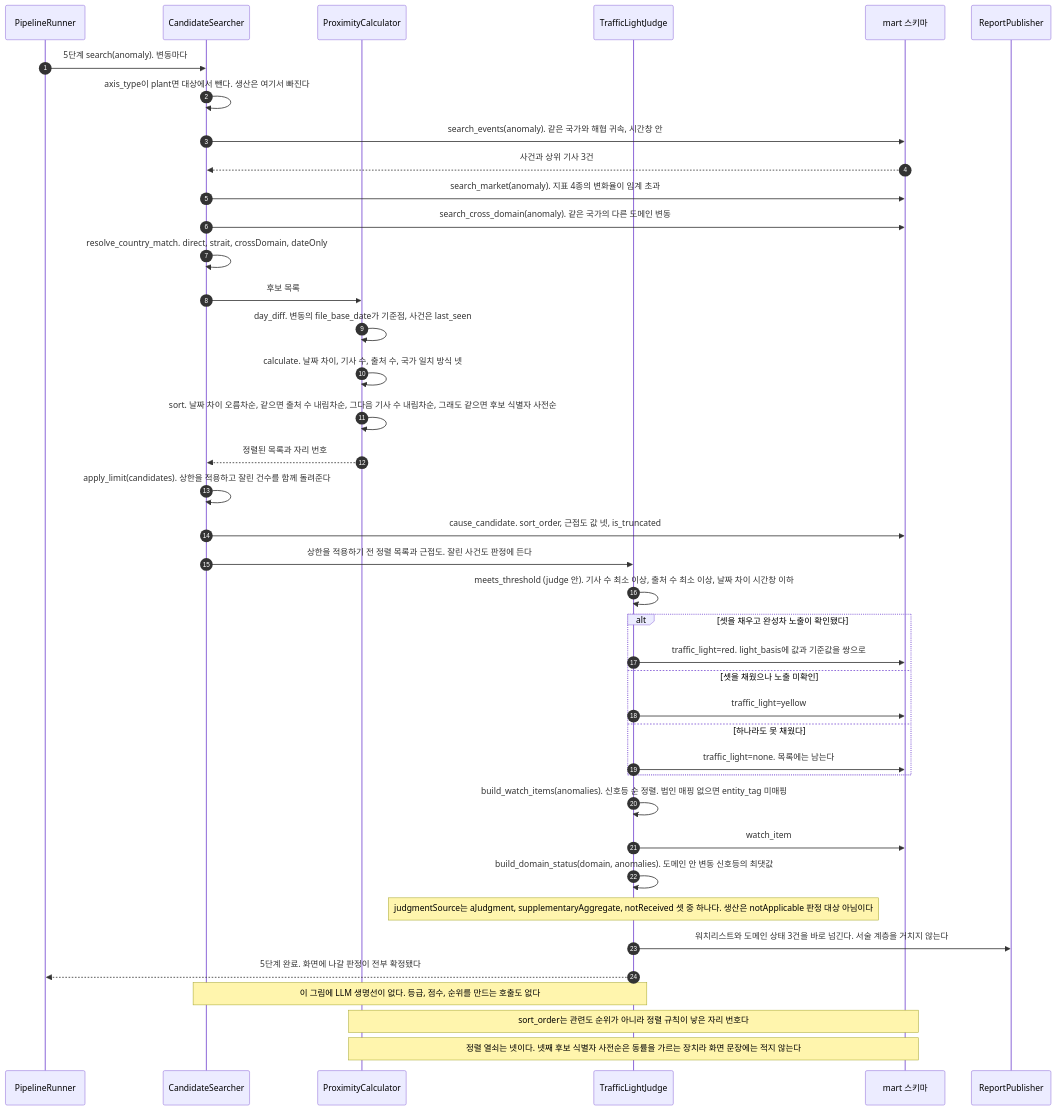
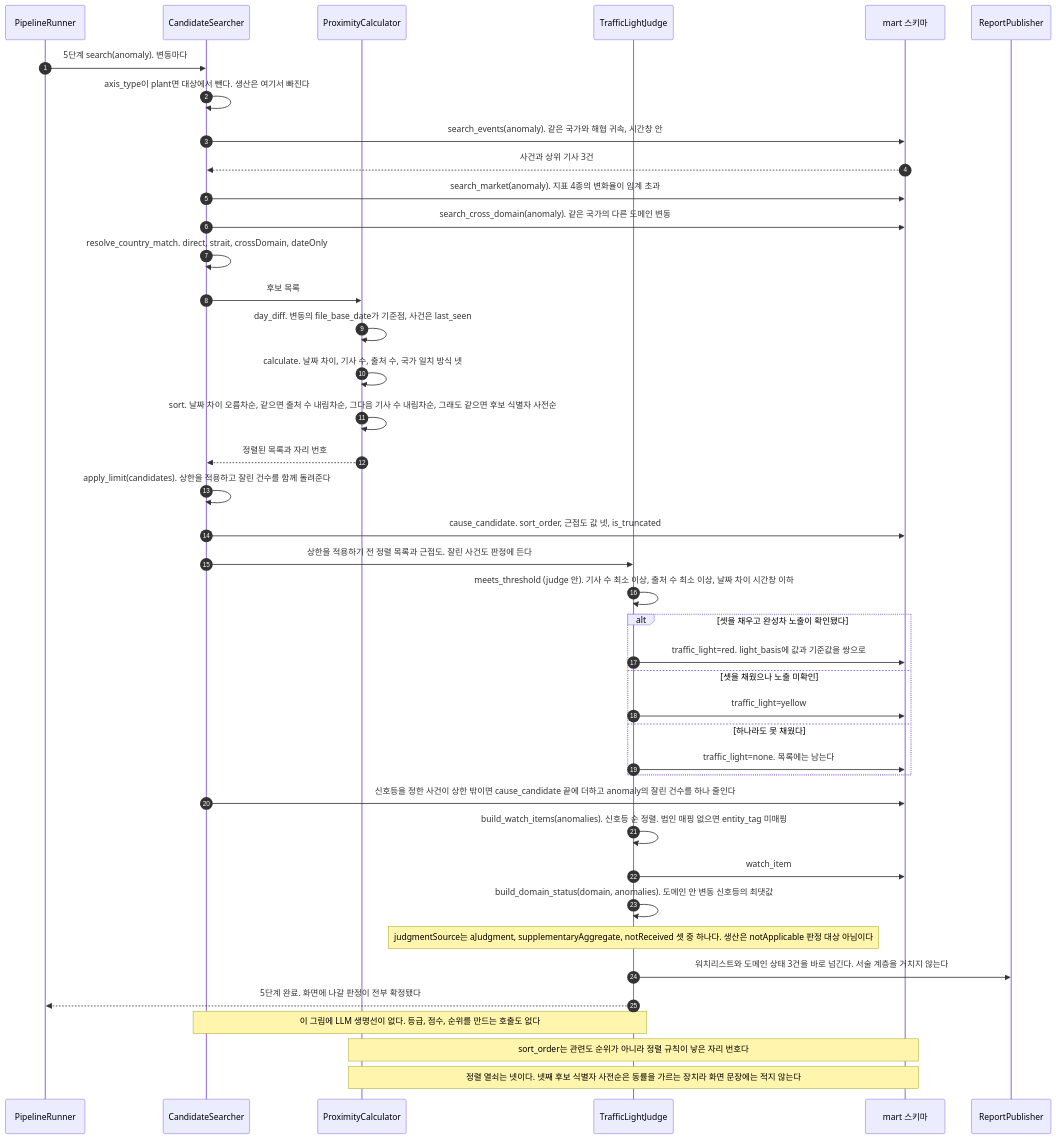
One commit to HoyoungParkme/tableau_platform changed the eighth of 14 diagrams in docs/specs/09-SEQ/TBL-SEQ-002.md. Above: the diagram before and after it, drawn with Mermaid. The commit also changed other lines of this file, not shown here.

Commit message:
유저 결정 반영(2026-09-30): 비교 기준 실행 고정(#10), 잘린 후보 건수 저장(#12), 저장소 확인은 worker 기록(#19), web 권한(#20, mart 제외), 판정 사건 목록 유지, 라우팅 표 보류(#27), 이월 한도 7일(#30), 비교 표는 worker가 계산해 저장(C10 유지). 코드 490816d.

````diff
--- a/docs/specs/09-SEQ/TBL-SEQ-002.md
+++ b/docs/specs/09-SEQ/TBL-SEQ-002.md
@@ -500,42 +500,43 @@
 ```mermaid
 sequenceDiagram
   autonumber
   participant RUN as PipelineRunner
   participant CS as CandidateSearcher
   participant PX as ProximityCalculator
   participant TLJ as TrafficLightJudge
   participant DB_MART as mart 스키마
   participant RP as ReportPublisher
   RUN->>CS: 5단계 search(anomaly). 변동마다
   CS->>CS: axis_type이 plant면 대상에서 뺀다. 생산은 여기서 빠진다
   CS->>DB_MART: search_events(anomaly). 같은 국가와 해협 귀속, 시간창 안
   DB_MART-->>CS: 사건과 상위 기사 3건
   CS->>DB_MART: search_market(anomaly). 지표 4종의 변화율이 임계 초과
   CS->>DB_MART: search_cross_domain(anomaly). 같은 국가의 다른 도메인 변동
   CS->>CS: resolve_country_match. direct, strait, crossDomain, dateOnly
   CS->>PX: 후보 목록
   PX->>PX: day_diff. 변동의 file_base_date가 기준점, 사건은 last_seen
   PX->>PX: calculate. 날짜 차이, 기사 수, 출처 수, 국가 일치 방식 넷
   PX->>PX: sort. 날짜 차이 오름차순, 같으면 출처 수 내림차순, 그다음 기사 수 내림차순, 그래도 같으면 후보 식별자 사전순
   PX-->>CS: 정렬된 목록과 자리 번호
   CS->>CS: apply_limit(candidates). 상한을 적용하고 잘린 건수를 함께 돌려준다
   CS->>DB_MART: cause_candidate. sort_order, 근접도 값 넷, is_truncated
   CS->>TLJ: 상한을 적용하기 전 정렬 목록과 근접도. 잘린 사건도 판정에 든다
   TLJ->>TLJ: meets_threshold (judge 안). 기사 수 최소 이상, 출처 수 최소 이상, 날짜 차이 시간창 이하
   alt 셋을 채우고 완성차 노출이 확인됐다
     TLJ->>DB_MART: traffic_light=red. light_basis에 값과 기준값을 쌍으로
   else 셋을 채웠으나 노출 미확인
     TLJ->>DB_MART: traffic_light=yellow
   else 하나라도 못 채웠다
     TLJ->>DB_MART: traffic_light=none. 목록에는 남는다
   end
+  CS->>DB_MART: 신호등을 정한 사건이 상한 밖이면 cause_candidate 끝에 더하고 anomaly의 잘린 건수를 하나 줄인다
   TLJ->>TLJ: build_watch_items(anomalies). 신호등 순 정렬. 법인 매핑 없으면 entity_tag 미매핑
   TLJ->>DB_MART: watch_item
   TLJ->>TLJ: build_domain_status(domain, anomalies). 도메인 안 변동 신호등의 최댓값
   Note over TLJ: judgmentSource는 aJudgment, supplementaryAggregate, notReceived 셋 중 하나다. 생산은 notApplicable 판정 대상 아님이다
   TLJ->>RP: 워치리스트와 도메인 상태 3건을 바로 넘긴다. 서술 계층을 거치지 않는다
   TLJ-->>RUN: 5단계 완료. 화면에 나갈 판정이 전부 확정됐다
   Note over CS,TLJ: 이 그림에 LLM 생명선이 없다. 등급, 점수, 순위를 만드는 호출도 없다
   Note over PX,DB_MART: sort_order는 관련도 순위가 아니라 정렬 규칙이 낳은 자리 번호다
   Note over PX,DB_MART: 정렬 열쇠는 넷이다. 넷째 후보 식별자 사전순은 동률을 가르는 장치라 화면 문장에는 적지 않는다
 ```
````
